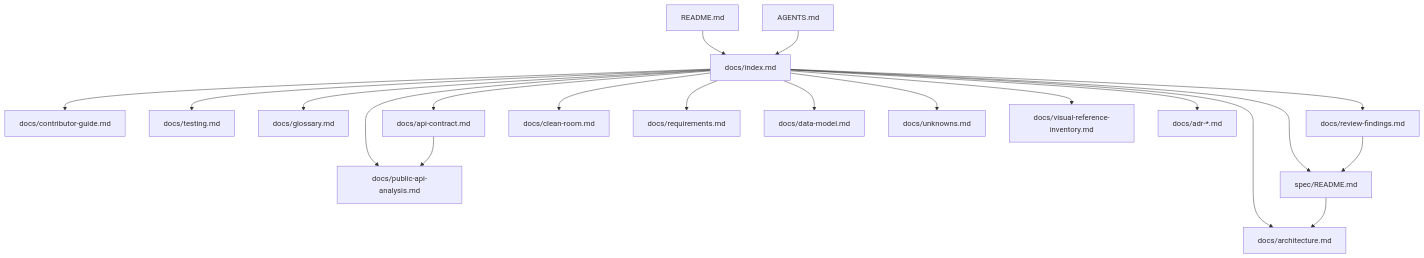
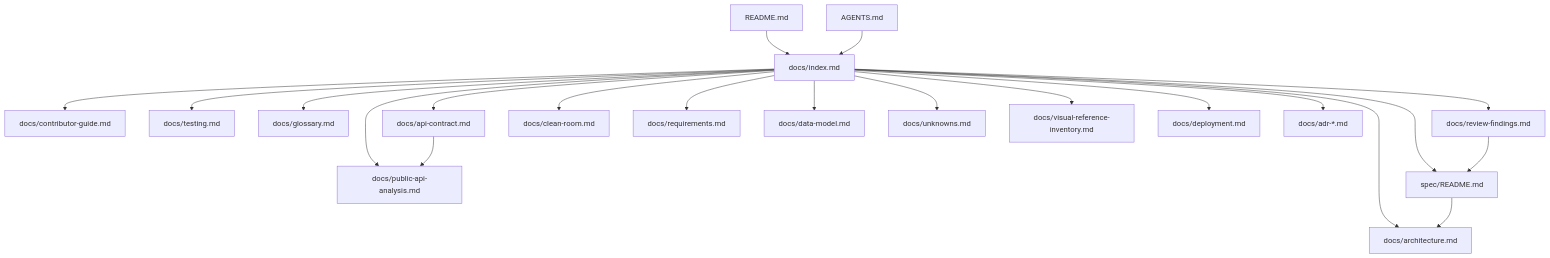
Before and after one commit to lunagcezar/ion-of-notes: the diagram in docs/index.md, drawn with Mermaid. The commit also changed other lines of this file and 14 other files, not shown here.

````diff
--- a/docs/index.md
+++ b/docs/index.md
@@ -61,22 +62,23 @@
 ```mermaid
 flowchart TD
     README[README.md] --> INDEX[docs/index.md]
     INDEX --> ARCH[docs/architecture.md]
     INDEX --> GUIDE[docs/contributor-guide.md]
     INDEX --> TEST[docs/testing.md]
     INDEX --> GLOSS[docs/glossary.md]
     INDEX --> REVIEW[docs/review-findings.md]
     INDEX --> API[docs/api-contract.md]
     INDEX --> PUBLIC[docs/public-api-analysis.md]
     API --> PUBLIC
     INDEX --> CLEAN[docs/clean-room.md]
     INDEX --> REQ[docs/requirements.md]
     INDEX --> DATA[docs/data-model.md]
     INDEX --> UNK[docs/unknowns.md]
     INDEX --> VIS[docs/visual-reference-inventory.md]
+    INDEX --> DEPLOY[docs/deployment.md]
     INDEX --> ADR[docs/adr-*.md]
     INDEX --> SPECS[spec/README.md]
     AGENTS[AGENTS.md] --> INDEX
     SPECS --> ARCH
     REVIEW --> SPECS
 ```
````
